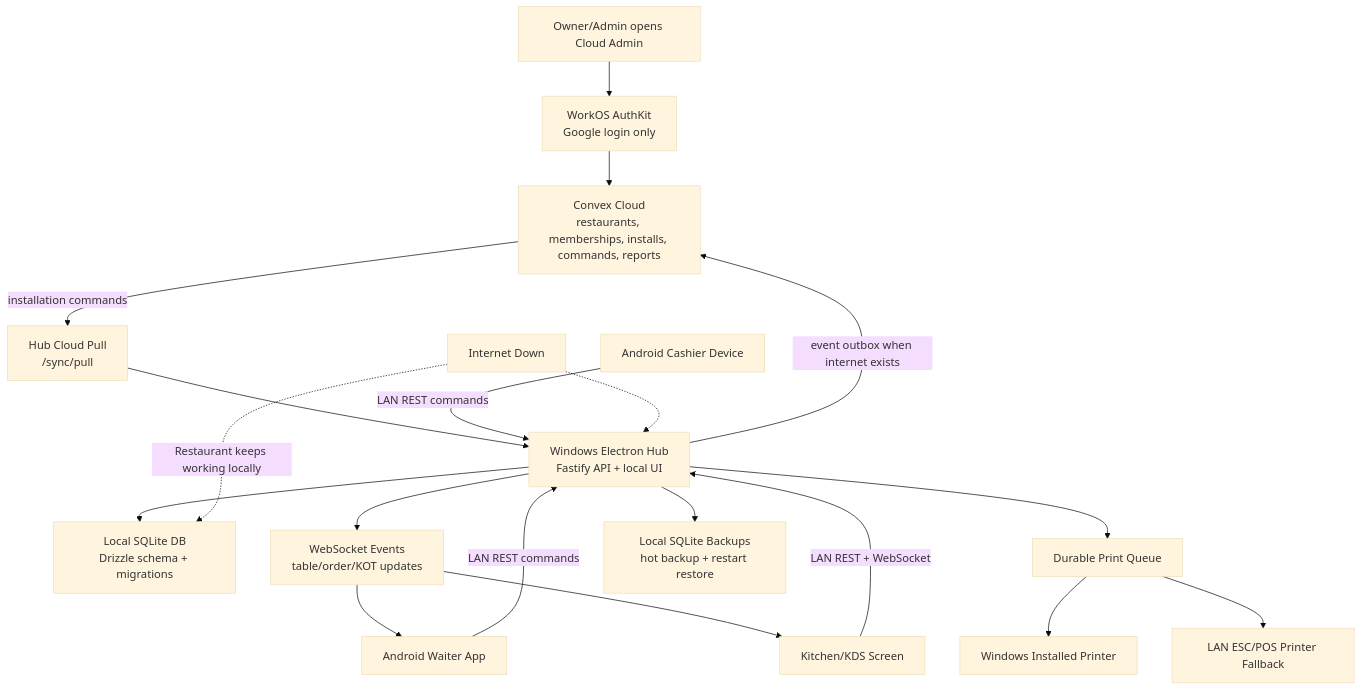
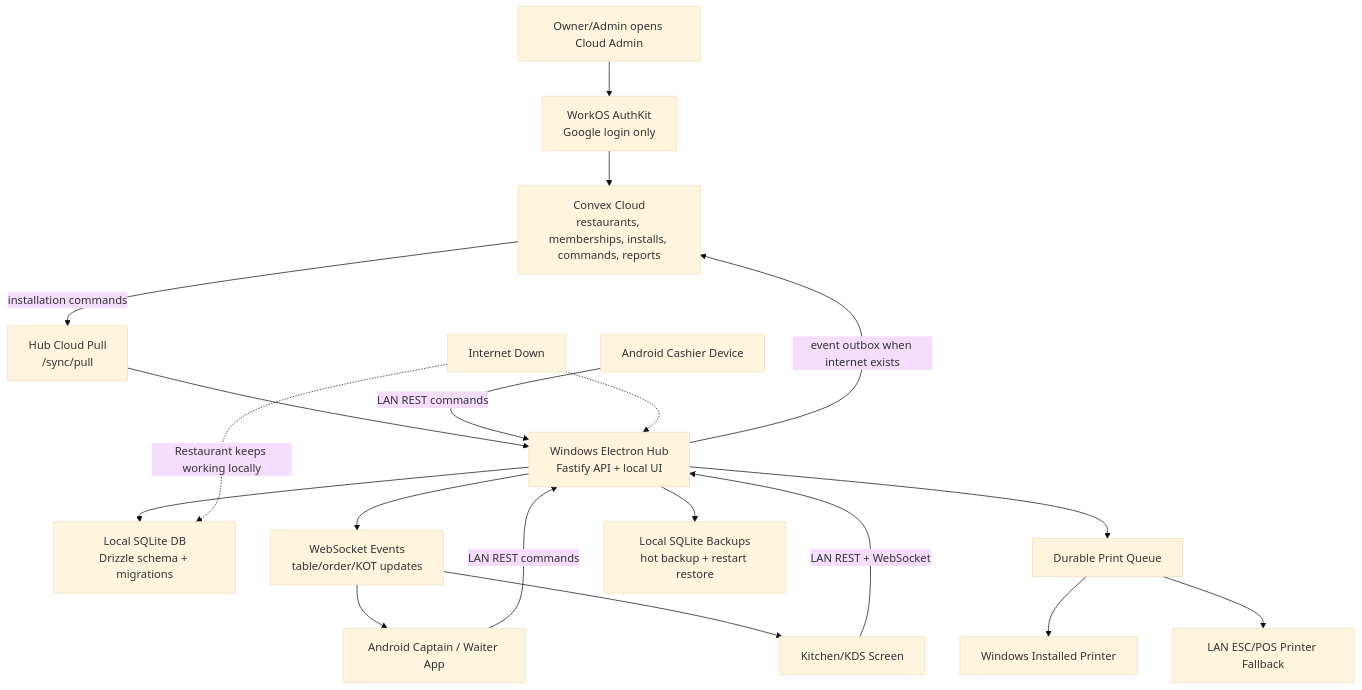
Before and after one commit to shubham909090/Open-POS: the first of 3 diagrams in docs/architecture-junior-guide.md, drawn with Mermaid (base theme). The commit also changed other lines of this file and 44 other files, not shown here.

Commit message:
Add POS context docs and flowcharts

````diff
--- a/docs/architecture-junior-guide.md
+++ b/docs/architecture-junior-guide.md
@@ -15,27 +15,27 @@
 ```mermaid
 flowchart TD
   owner["Owner/Admin opens Cloud Admin"] --> workos["WorkOS AuthKit<br/>Google login only"]
   workos --> convex["Convex Cloud<br/>restaurants, memberships, installs, commands, reports"]
 
   convex -->|installation commands| hubPull["Hub Cloud Pull<br/>/sync/pull"]
   hubPull --> hub["Windows Electron Hub<br/>Fastify API + local UI"]
 
-  waiter["Android Waiter App"] -->|LAN REST commands| hub
+  waiter["Android Captain / Waiter App"] -->|LAN REST commands| hub
   cashierPhone["Android Cashier Device"] -->|LAN REST commands| hub
   kitchenScreen["Kitchen/KDS Screen"] -->|LAN REST + WebSocket| hub
 
   hub --> sqlite["Local SQLite DB<br/>Drizzle schema + migrations"]
   hub --> ws["WebSocket Events<br/>table/order/KOT updates"]
   ws --> waiter
   ws --> kitchenScreen
 
   hub --> printQueue["Durable Print Queue"]
   printQueue --> systemPrinter["Windows Installed Printer"]
   printQueue --> lanPrinter["LAN ESC/POS Printer Fallback"]
 
   hub --> backups["Local SQLite Backups<br/>hot backup + restart restore"]
   hub -->|event outbox when internet exists| convex
 
   internetDown["Internet Down"] -.-> hub
   internetDown -. "Restaurant keeps working locally" .-> sqlite
 ```
````
